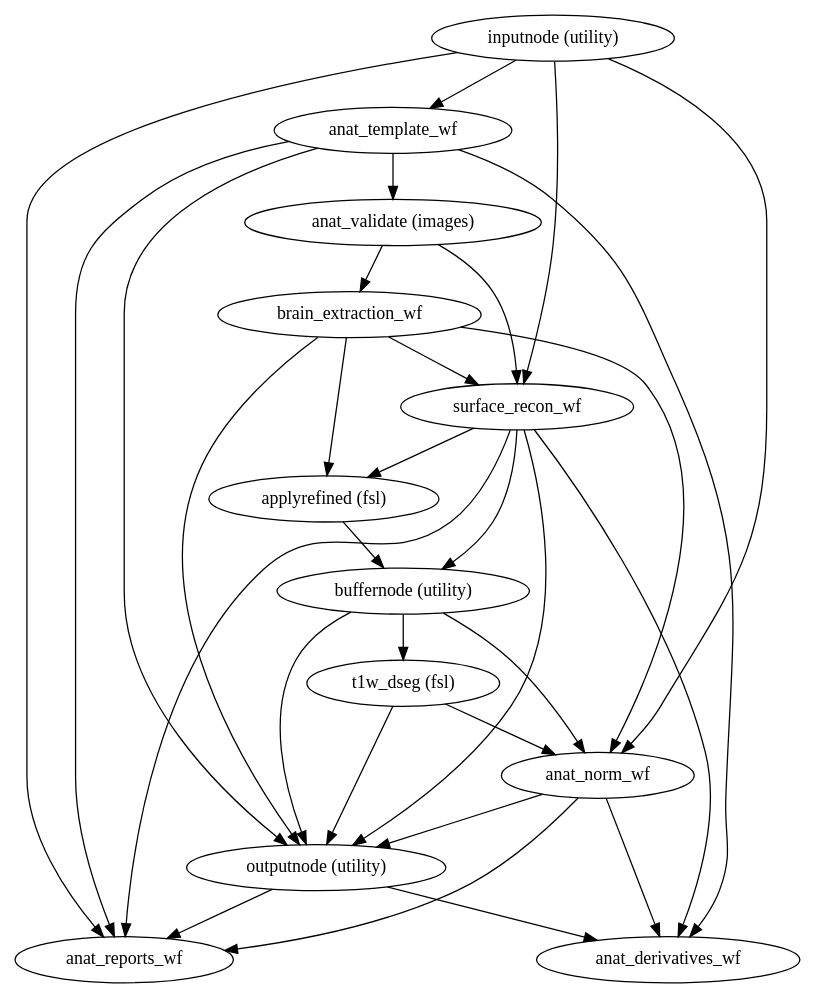
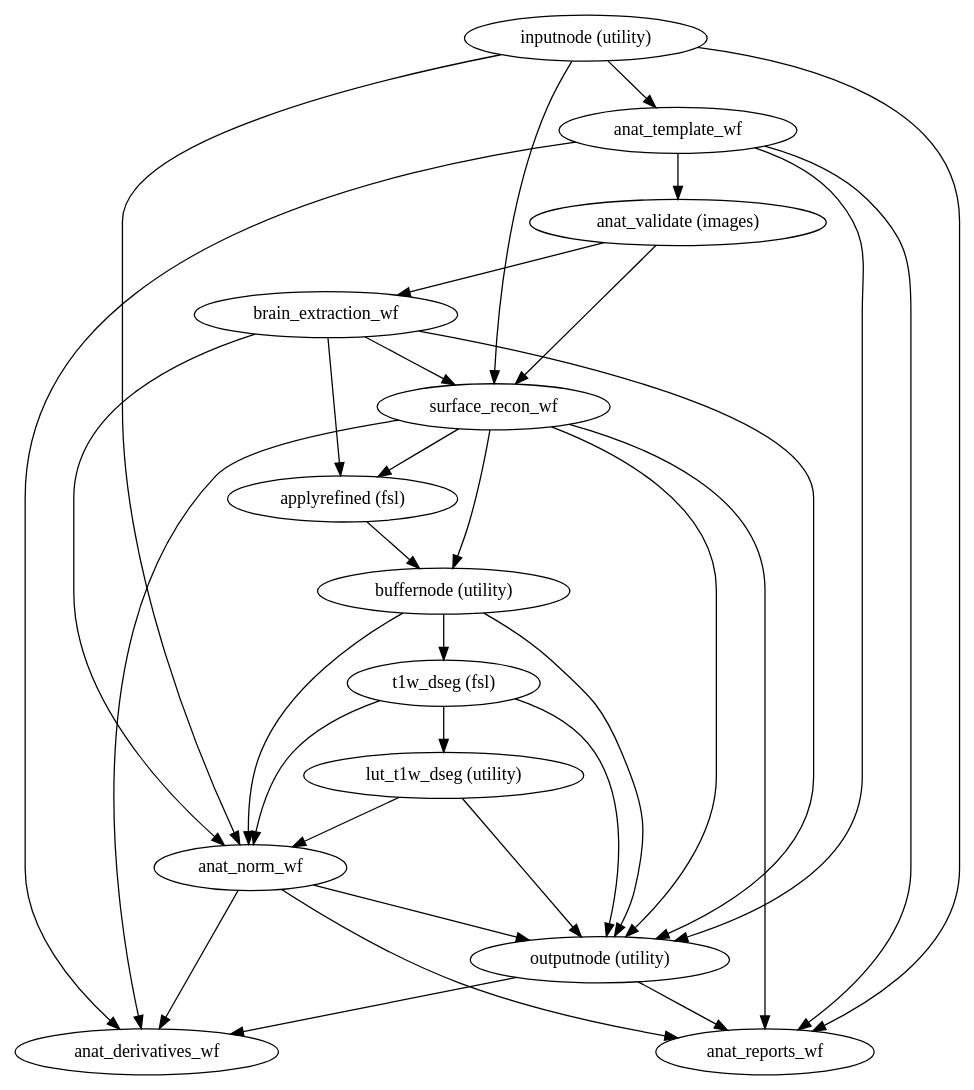
The diagram in maint_0.5.x/wf_directive/api/anat_preproc_wf/smriprep-workflows-anatomical-1.dot (nuKs/smriprep), drawn with Graphviz before and after one commit. The commit also changed 986 other files, not shown here.

```diff
--- a/maint_0.5.x/wf_directive/api/anat_preproc_wf/smriprep-workflows-anatomical-1.dot
+++ b/maint_0.5.x/wf_directive/api/anat_preproc_wf/smriprep-workflows-anatomical-1.dot
@@ -1,44 +1,48 @@
 strict digraph  {
 "outputnode (utility)";
 anat_reports_wf;
 anat_derivatives_wf;
 "buffernode (utility)";
 "t1w_dseg (fsl)";
 anat_norm_wf;
+"lut_t1w_dseg (utility)";
 "inputnode (utility)";
 anat_template_wf;
 surface_recon_wf;
 "anat_validate (images)";
 brain_extraction_wf;
 "applyrefined (fsl)";
 "outputnode (utility)" -> anat_reports_wf;
 "outputnode (utility)" -> anat_derivatives_wf;
 "buffernode (utility)" -> "t1w_dseg (fsl)";
 "buffernode (utility)" -> "outputnode (utility)";
 "buffernode (utility)" -> anat_norm_wf;
+"t1w_dseg (fsl)" -> "lut_t1w_dseg (utility)";
 "t1w_dseg (fsl)" -> "outputnode (utility)";
 "t1w_dseg (fsl)" -> anat_norm_wf;
 anat_norm_wf -> "outputnode (utility)";
 anat_norm_wf -> anat_reports_wf;
 anat_norm_wf -> anat_derivatives_wf;
+"lut_t1w_dseg (utility)" -> "outputnode (utility)";
+"lut_t1w_dseg (utility)" -> anat_norm_wf;
 "inputnode (utility)" -> anat_template_wf;
 "inputnode (utility)" -> anat_norm_wf;
 "inputnode (utility)" -> anat_reports_wf;
 "inputnode (utility)" -> surface_recon_wf;
 anat_template_wf -> "anat_validate (images)";
 anat_template_wf -> "outputnode (utility)";
 anat_template_wf -> anat_reports_wf;
 anat_template_wf -> anat_derivatives_wf;
 surface_recon_wf -> "applyrefined (fsl)";
 surface_recon_wf -> "outputnode (utility)";
 surface_recon_wf -> "buffernode (utility)";
 surface_recon_wf -> anat_reports_wf;
 surface_recon_wf -> anat_derivatives_wf;
 "anat_validate (images)" -> brain_extraction_wf;
 "anat_validate (images)" -> surface_recon_wf;
 brain_extraction_wf -> "outputnode (utility)";
 brain_extraction_wf -> anat_norm_wf;
 brain_extraction_wf -> surface_recon_wf;
 brain_extraction_wf -> "applyrefined (fsl)";
 "applyrefined (fsl)" -> "buffernode (utility)";
 }
```
